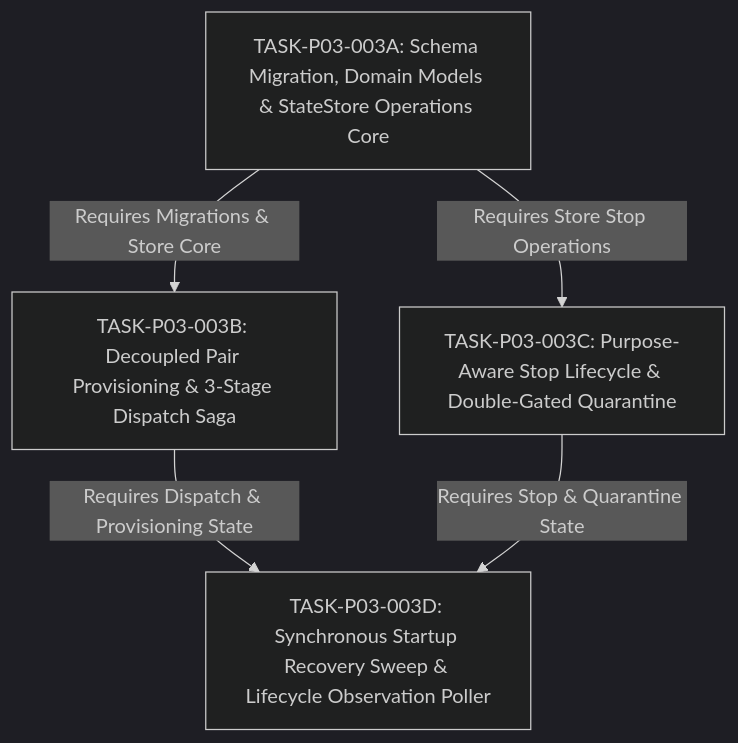
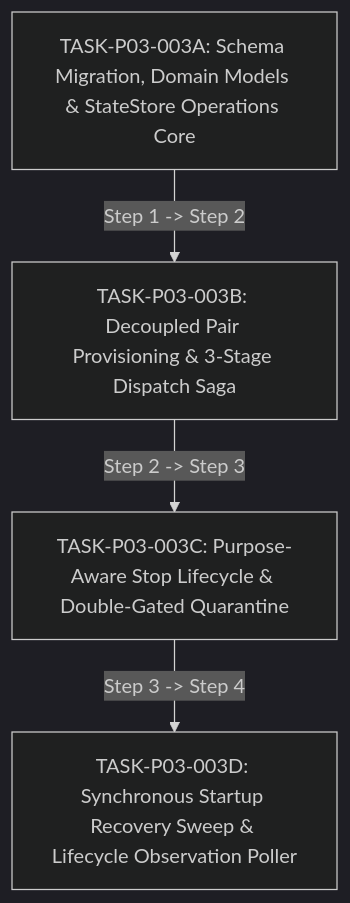
The diagram in docs/tasks/DRAFT_TASK_CONTRACT_P03_003.md (trungqwe/ai-supervisor), drawn with Mermaid (dark theme) before and after one commit. The commit also changed other lines of this file and 1 other file, not shown here.

Commit message:
docs(p03): align task 3A verification schema and unpinned base_sha release protocol

````diff
--- a/docs/tasks/DRAFT_TASK_CONTRACT_P03_003.md
+++ b/docs/tasks/DRAFT_TASK_CONTRACT_P03_003.md
@@ -38,12 +38,11 @@
 ```mermaid
 graph TD
     SubA["TASK-P03-003A: Schema Migration, Domain Models & StateStore Operations Core"]
     SubB["TASK-P03-003B: Decoupled Pair Provisioning & 3-Stage Dispatch Saga"]
     SubC["TASK-P03-003C: Purpose-Aware Stop Lifecycle & Double-Gated Quarantine"]
     SubD["TASK-P03-003D: Synchronous Startup Recovery Sweep & Lifecycle Observation Poller"]
 
-    SubA -->|Requires Migrations & Store Core| SubB
-    SubA -->|Requires Store Stop Operations| SubC
-    SubB -->|Requires Dispatch & Provisioning State| SubD
-    SubC -->|Requires Stop & Quarantine State| SubD
+    SubA -->|Step 1 -> Step 2| SubB
+    SubB -->|Step 2 -> Step 3| SubC
+    SubC -->|Step 3 -> Step 4| SubD
 ```
````
